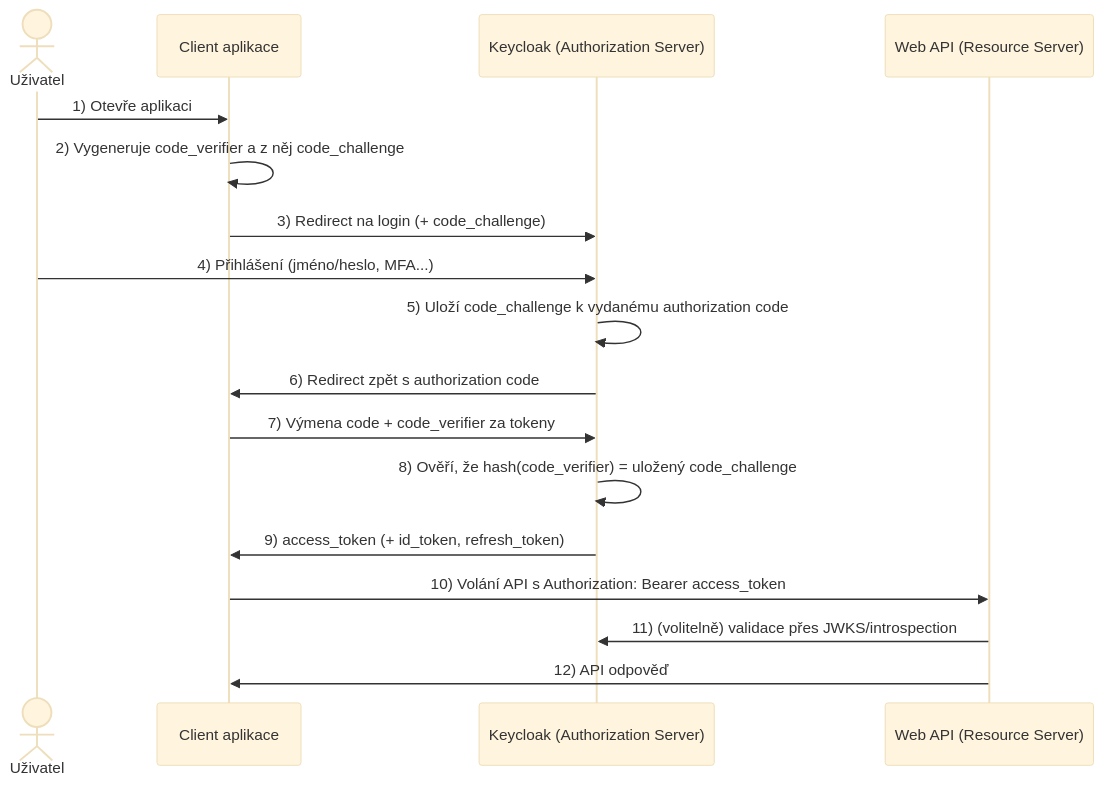
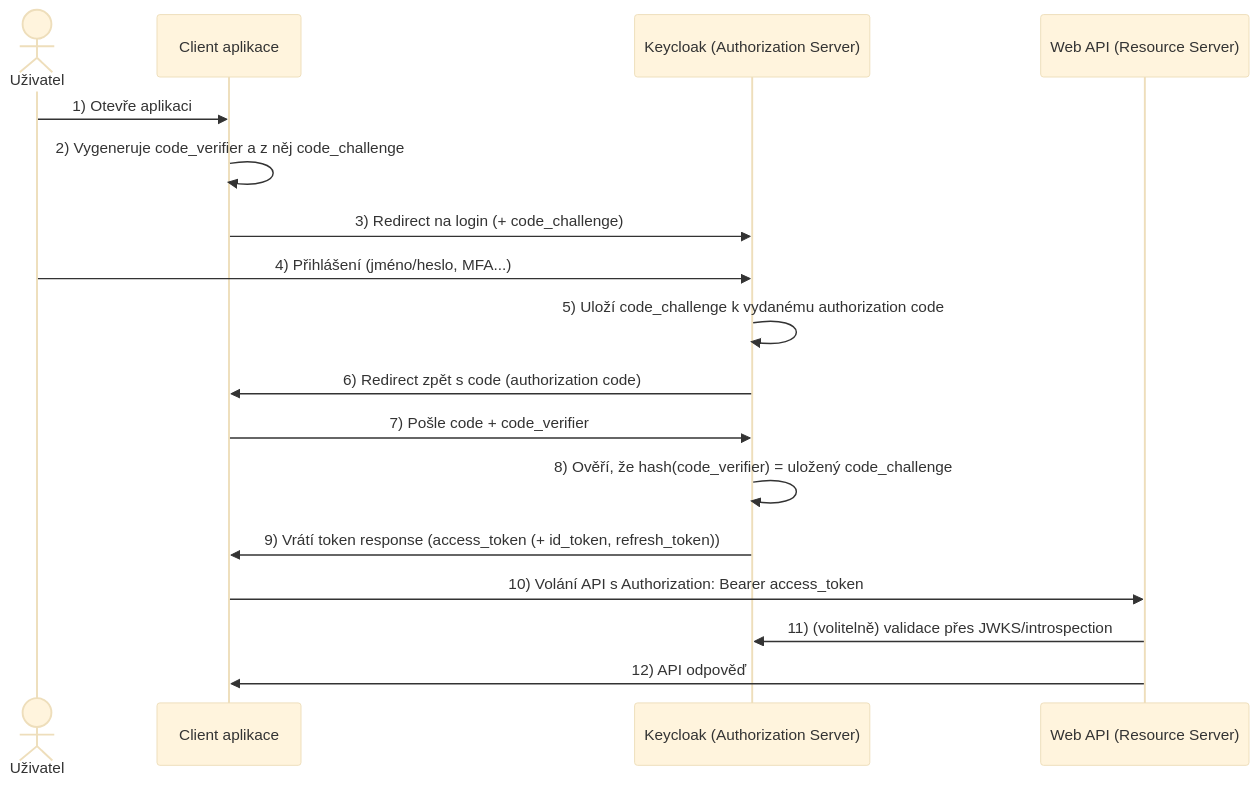
Before and after one commit to ekral/FAI: the diagram in AF/notebooks/08_authentication_authorization.md, drawn with Mermaid (base theme).

Commit message:
secify flow

````diff
--- a/AF/notebooks/08_authentication_authorization.md
+++ b/AF/notebooks/08_authentication_authorization.md
@@ -49,20 +49,20 @@
 ```mermaid
 sequenceDiagram
 		actor U as Uživatel
 		participant C as Client aplikace
 		participant K as Keycloak (Authorization Server)
 		participant A as Web API (Resource Server)
 
 		U->>C: 1) Otevře aplikaci
 		C->>C: 2) Vygeneruje code_verifier a z něj code_challenge
 		C->>K: 3) Redirect na login (+ code_challenge)
 		U->>K: 4) Přihlášení (jméno/heslo, MFA...)
 		K->>K: 5) Uloží code_challenge k vydanému authorization code
-		K->>C: 6) Redirect zpět s authorization code
-		C->>K: 7) Výmena code + code_verifier za tokeny
+		K->>C: 6) Redirect zpět s code (authorization code)
+		C->>K: 7) Pošle code + code_verifier
 		K->>K: 8) Ověří, že hash(code_verifier) = uložený code_challenge
-		K->>C: 9) access_token (+ id_token, refresh_token)
+		K->>C: 9) Vrátí token response (access_token (+ id_token, refresh_token))
 		C->>A: 10) Volání API s Authorization: Bearer access_token
 		A->>K: 11) (volitelně) validace přes JWKS/introspection
 		A->>C: 12) API odpověď
 ```
````
